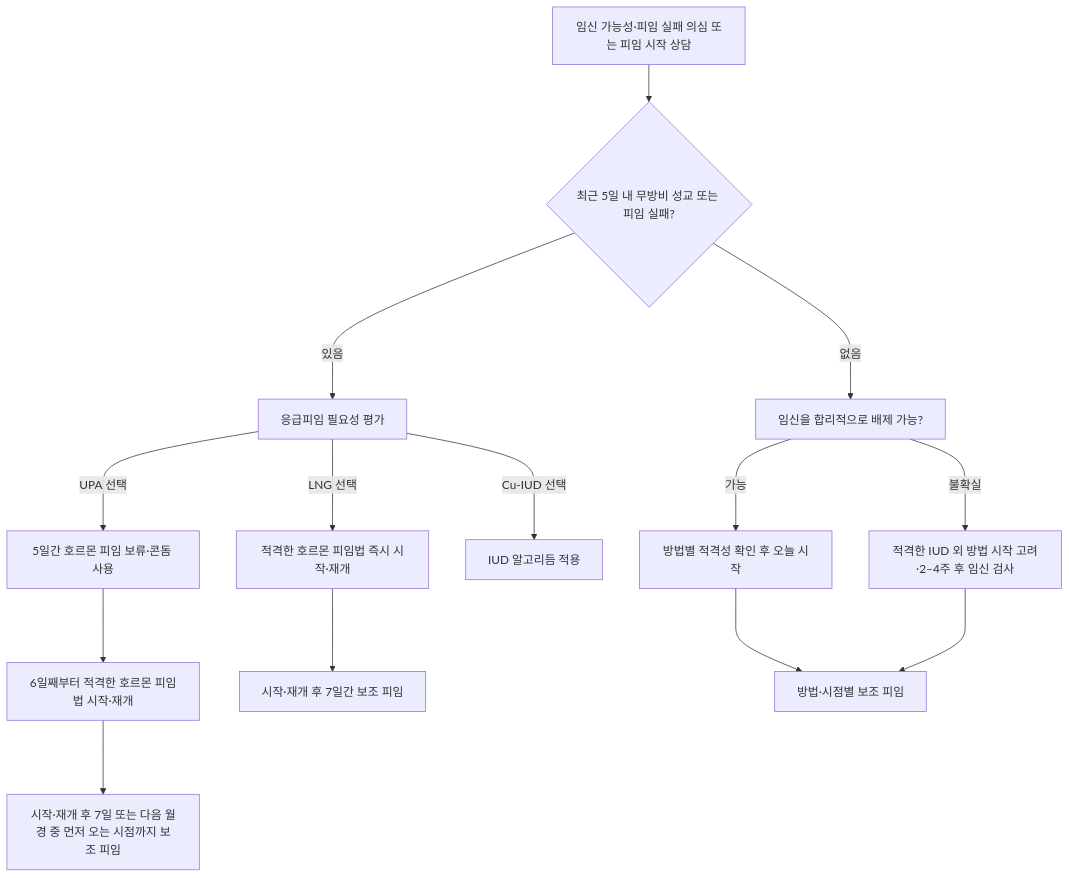
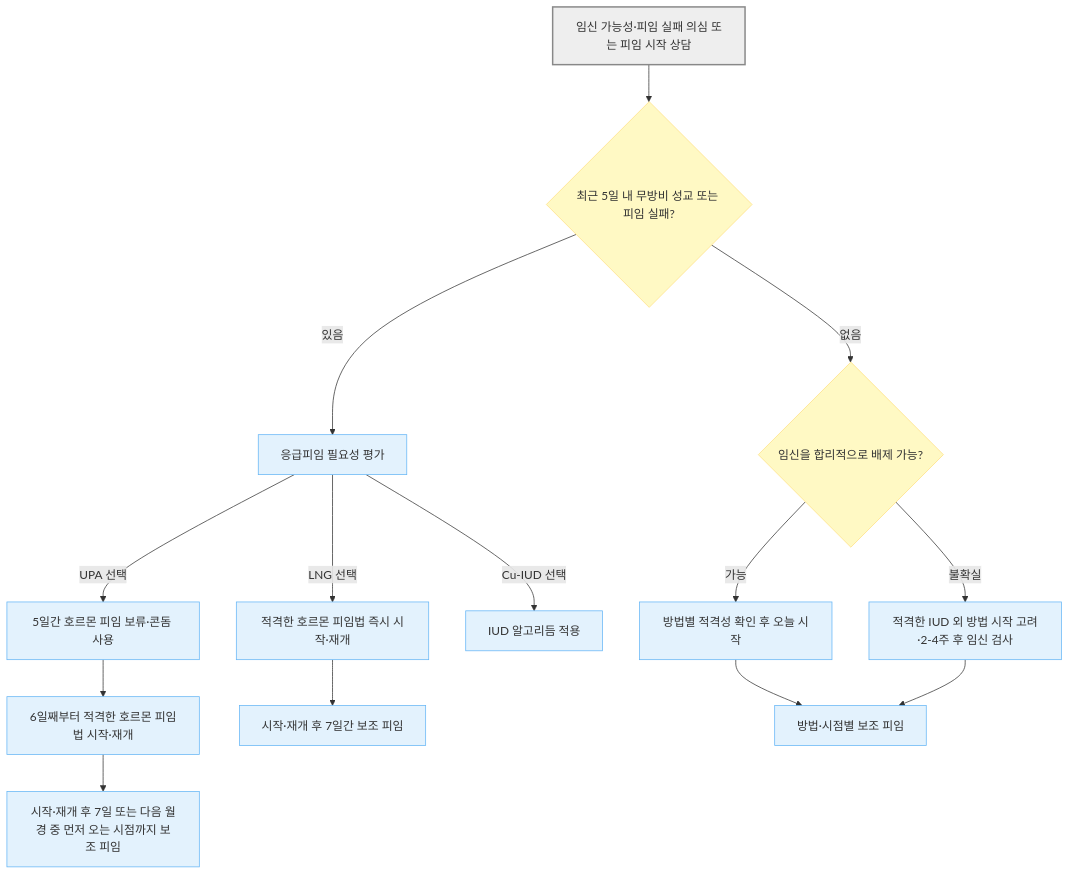
Before and after one commit to familyoh77/familyoh77: the first of 2 diagrams in 227_/131_-contraception.md, drawn with Mermaid. The commit also changed other lines of this file and 10 other files, not shown here.

````diff
--- a/227_/131_-contraception.md
+++ b/227_/131_-contraception.md
@@ -77,17 +77,24 @@
 ```mermaid
 flowchart TD
     S["임신 가능성·피임 실패 의심 또는 피임 시작 상담"]
     S --> A{"최근 5일 내 무방비 성교 또는 피임 실패?"}
-    A -- "있음" ---> B["응급피임 필요성 평가"]
-    A -- "없음" ---> C["임신을 합리적으로 배제 가능?"]
-    B -- "LNG 선택" ---> D["적격한 호르몬 피임법 즉시 시작·재개"]
-    B -- "UPA 선택" ---> E["5일간 호르몬 피임 보류·콘돔 사용"]
-    B -- "Cu-IUD 선택" ---> F["IUD 알고리듬 적용"]
-    C -- "가능" ---> G["방법별 적격성 확인 후 오늘 시작"]
-    C -- "불확실" ---> H["적격한 IUD 외 방법 시작 고려·2–4주 후 임신 검사"]
-    E ---> I["6일째부터 적격한 호르몬 피임법 시작·재개"]
-    D ---> J["시작·재개 후 7일간 보조 피임"]
-    I ---> K["시작·재개 후 7일 또는 다음 월경 중 먼저 오는 시점까지 보조 피임"]
-    G ---> L["방법·시점별 보조 피임"]
-    H ---> L
+    A -- "있음" --> B["응급피임 필요성 평가"]
+    A -- "없음" --> C{"임신을 합리적으로 배제 가능?"}
+    B -- "LNG 선택" --> D["적격한 호르몬 피임법 즉시 시작·재개"]
+    B -- "UPA 선택" --> E["5일간 호르몬 피임 보류·콘돔 사용"]
+    B -- "Cu-IUD 선택" --> F["IUD 알고리듬 적용"]
+    C -- "가능" --> G["방법별 적격성 확인 후 오늘 시작"]
+    C -- "불확실" --> H["적격한 IUD 외 방법 시작 고려·2-4주 후 임신 검사"]
+    E --> I["6일째부터 적격한 호르몬 피임법 시작·재개"]
+    D --> J["시작·재개 후 7일간 보조 피임"]
+    I --> K["시작·재개 후 7일 또는 다음 월경 중 먼저 오는 시점까지 보조 피임"]
+    G --> L["방법·시점별 보조 피임"]
+    H --> L
+    classDef start fill:#eeeeee,stroke:#888888,stroke-width:2px
+    classDef question fill:#fff9c4,stroke:#ffe082
+    classDef emergency fill:#ffdddd,stroke:#d32f2f
+    classDef care fill:#e3f2fd,stroke:#64b5f6
+    class S start
+    class A,C question
+    class B,D,E,F,G,H,I,J,K,L care
 ```
````
